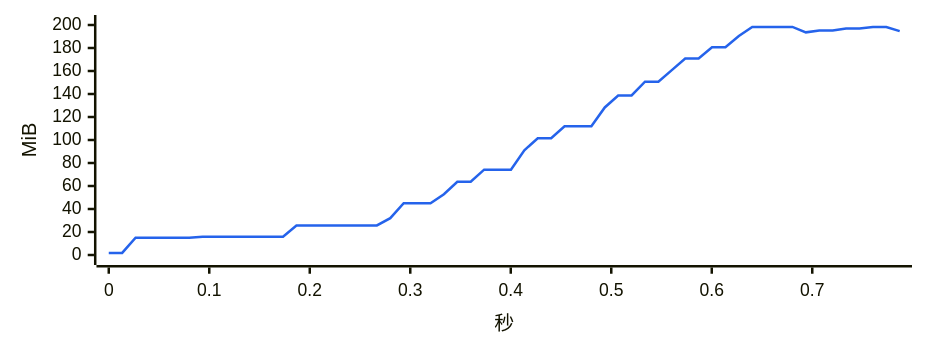
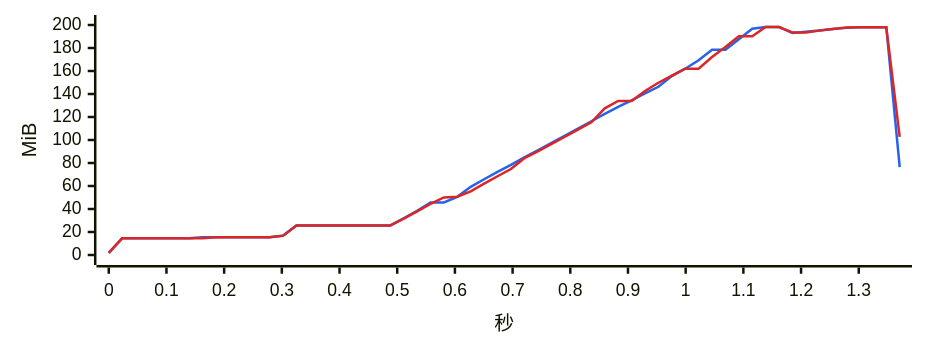
One commit to 334456777/WeFlow changed the tenth of 17 diagrams in bench/v4.0.0/summary.md. Above: the diagram before and after it, drawn with Mermaid. The commit also changed other lines of this file and 3 other files, not shown here.

````diff
--- a/bench/v4.0.0/summary.md
+++ b/bench/v4.0.0/summary.md
@@ -379,7 +386,8 @@
 ```mermaid
-%%{init: {"xyChart": {"width": 720, "height": 260}, "themeVariables": {"xyChart": {"plotColorPalette": "#2563eb"}}}}%%
+%%{init: {"xyChart": {"width": 720, "height": 260}, "themeVariables": {"xyChart": {"plotColorPalette": "#2563eb, #dc2626"}}}}%%
 xychart-beta
-    x-axis "秒" 0 --> 0.787
+    x-axis "秒" 0 --> 1.371
     y-axis "MiB" 0 --> 200
-    line [1.8, 1.8, 15.0, 15.0, 15.0, 15.0, 15.0, 15.9, 15.9, 15.9, 15.9, 15.9, 15.9, 15.9, 25.7, 25.7, 25.7, 25.7, 25.7, 25.7, 25.7, 32.0, 45.0, 45.0, 45.0, 52.8, 63.7, 63.7, 74.2, 74.2, 74.2, 91.1, 101.5, 101.5, 111.9, 111.9, 111.9, 128.3, 138.7, 138.7, 150.7, 150.7, 160.8, 170.9, 170.9, 180.7, 180.7, 190.5, 198.2, 198.2, 198.3, 198.3, 193.6, 195.3, 195.3, 197.0, 197.0, 198.2, 198.2, 194.7]
+    line [1.8, 14.6, 14.6, 14.6, 14.6, 14.6, 14.6, 15.5, 15.5, 15.5, 15.5, 15.5, 15.5, 16.9, 25.7, 25.7, 25.7, 25.7, 25.7, 25.7, 25.7, 25.7, 31.8, 38.4, 45.7, 45.7, 50.6, 59.3, 65.9, 72.2, 78.4, 84.9, 91.1, 97.2, 103.6, 110.0, 116.3, 122.7, 128.8, 134.4, 140.5, 146.3, 155.6, 162.0, 169.4, 178.5, 178.5, 187.7, 196.8, 198.2, 198.2, 193.1, 194.2, 195.3, 196.5, 197.5, 198.1, 198.1, 198.1, 76.5]
+    line [1.8, 14.5, 14.5, 14.5, 14.5, 14.5, 14.5, 14.5, 15.5, 15.5, 15.5, 15.5, 15.5, 16.6, 25.6, 25.6, 25.6, 25.6, 25.6, 25.6, 25.6, 25.6, 31.6, 37.9, 44.5, 50.1, 50.7, 55.4, 62.0, 68.5, 74.8, 84.2, 90.1, 96.4, 102.6, 109.1, 115.4, 127.5, 133.9, 133.9, 142.6, 149.8, 155.9, 162.0, 162.0, 172.1, 180.9, 190.2, 190.2, 198.2, 198.2, 193.5, 193.5, 195.1, 196.6, 197.8, 198.1, 198.1, 198.1, 102.7]
 ```
````
